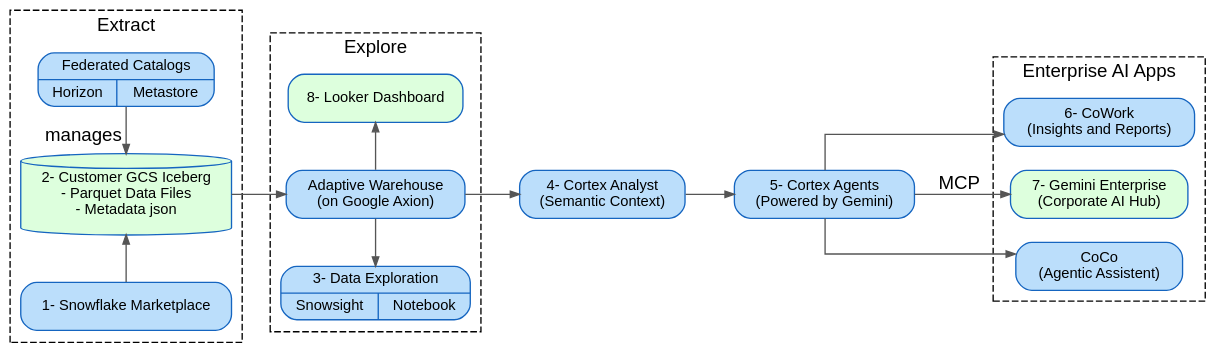
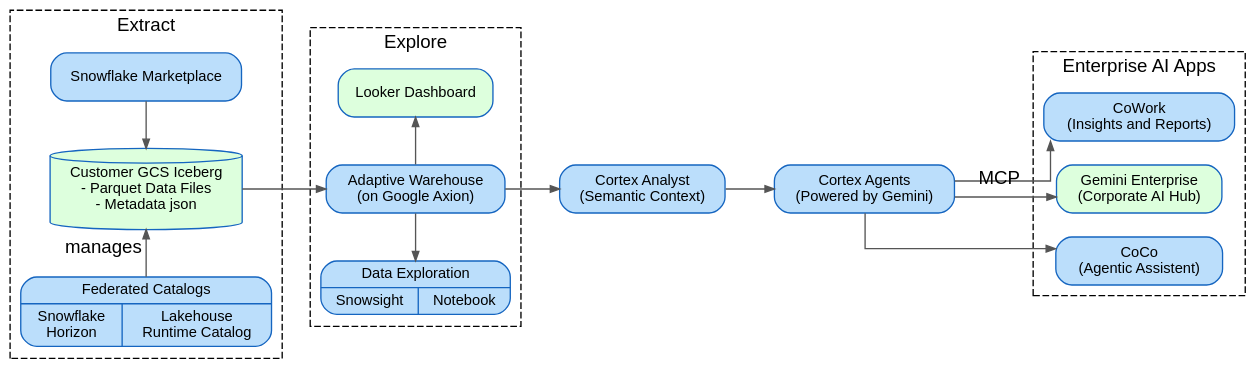
Before and after one commit to sfc-gh-akhosro/gcp-snowflake-solutions: the diagram in hands-on-lab-cortex-gemini/diagrams.md, drawn with Graphviz. The commit also changed other lines of this file and 5 other files, not shown here.

````diff
--- a/hands-on-lab-cortex-gemini/diagrams.md
+++ b/hands-on-lab-cortex-gemini/diagrams.md
@@ -10,50 +9,51 @@
 ```dot
 digraph cortex_stack {
     rankdir=LR
     splines=ortho;
     graph [fontname="Helvetica", bgcolor="transparent", pad=0.4 style=dashed]
     node  [fontname="Helvetica", fontsize=11, style="filled,rounded", shape=box,
            fillcolor="#BBDEFB", color="#1565C0"]
     edge  [fontname="Helvetica", fontsize=14, color="#555555", arrowsize=0.7]
     
     subgraph cluster_data {
         label = "Extract"
-        horizon iceberg marketplace
+        marketplace iceberg horizon
     }
     
     subgraph cluster_exploration {
         label="Explore"
         looker warehouse explore
     }
 
-    marketplace [label="1- Snowflake Marketplace" shape=record]
-    horizon [shape=record label="Federated Catalogs | {Horizon | Metastore}"]
-    iceberg [label="2- Customer GCS Iceberg \n - Parquet Data Files \n - Metadata json", shape=cylinder  fillcolor="#ddffdd"]
+    marketplace [label="Snowflake Marketplace" shape=record]
+    horizon [shape=record label="Federated Catalogs | {Snowflake \n Horizon | Lakehouse \n Runtime Catalog}"]
+    iceberg [label="Customer GCS Iceberg \n - Parquet Data Files \n - Metadata json", shape=cylinder  fillcolor="#ddffdd"]
     warehouse [label="Adaptive Warehouse \n (on Google Axion)"]
-    explore [label="3- Data Exploration | {Snowsight | Notebook}" shape=record]
-    analyst [label="4- Cortex Analyst\n(Semantic Context)"]
-    agent   [label="5- Cortex Agents \n (Powered by Gemini)"]
-    cowork  [label="6- CoWork \n (Insights and Reports)"]
-    gemini  [label="7- Gemini Enterprise \n (Corporate AI Hub)"  fillcolor="#ddffdd"]
-    looker  [label="8- Looker Dashboard" fillcolor="#ddffdd" ]
+    explore [label="Data Exploration | {Snowsight | Notebook}" shape=record]
+    analyst [label="Cortex Analyst\n(Semantic Context)"]
+    agent   [label="Cortex Agents \n (Powered by Gemini)"]
+    cowork  [label="CoWork \n (Insights and Reports)"]
+    gemini  [label="Gemini Enterprise \n (Corporate AI Hub)"  fillcolor="#ddffdd"]
+    looker  [label="Looker Dashboard" fillcolor="#ddffdd" ]
     coco    [label="CoCo \n (Agentic Assistent)"]
 
+    horizon -> iceberg [xlabel="manages"  constraint=false]
     iceberg -> marketplace [dir=back constraint=false] 
-    horizon -> iceberg [xlabel="manages"  constraint=false]
+
     iceberg -> warehouse
     warehouse -> analyst
     looker -> warehouse [dir=back  constraint=false]
     warehouse -> explore [ constraint=false]
 
     analyst -> agent
     agent -> gemini [label="MCP"]
     agent -> {cowork coco}
     
     subgraph cluster_end_user {
         label="Enterprise AI Apps"
         gemini
         cowork
         coco
     }
 }
 ```
````
